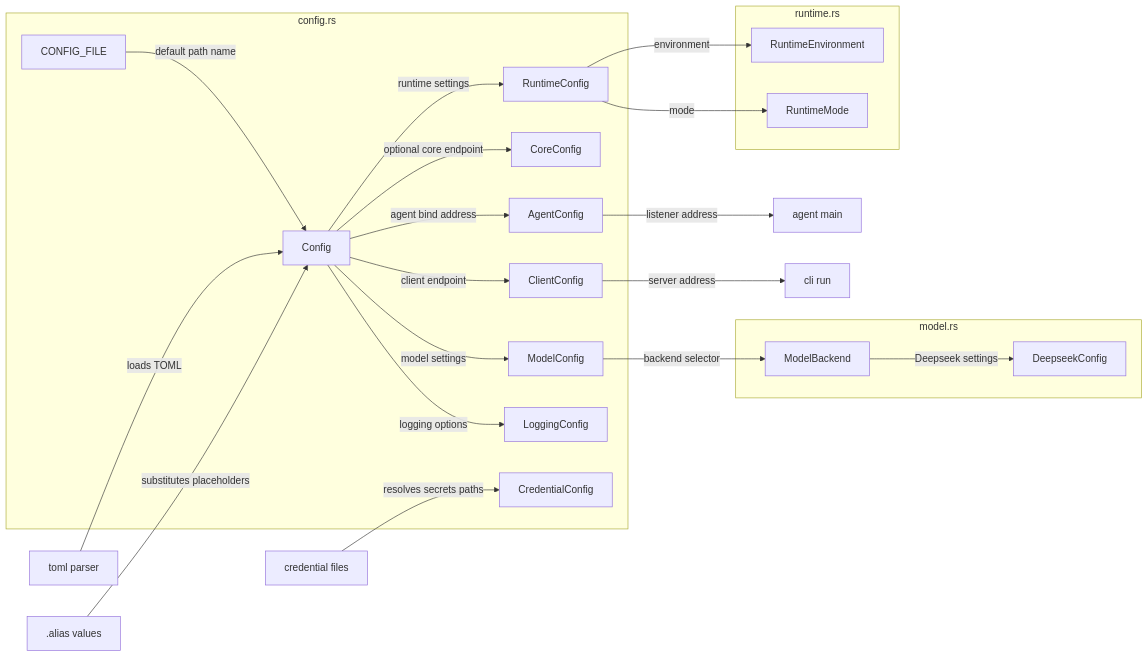
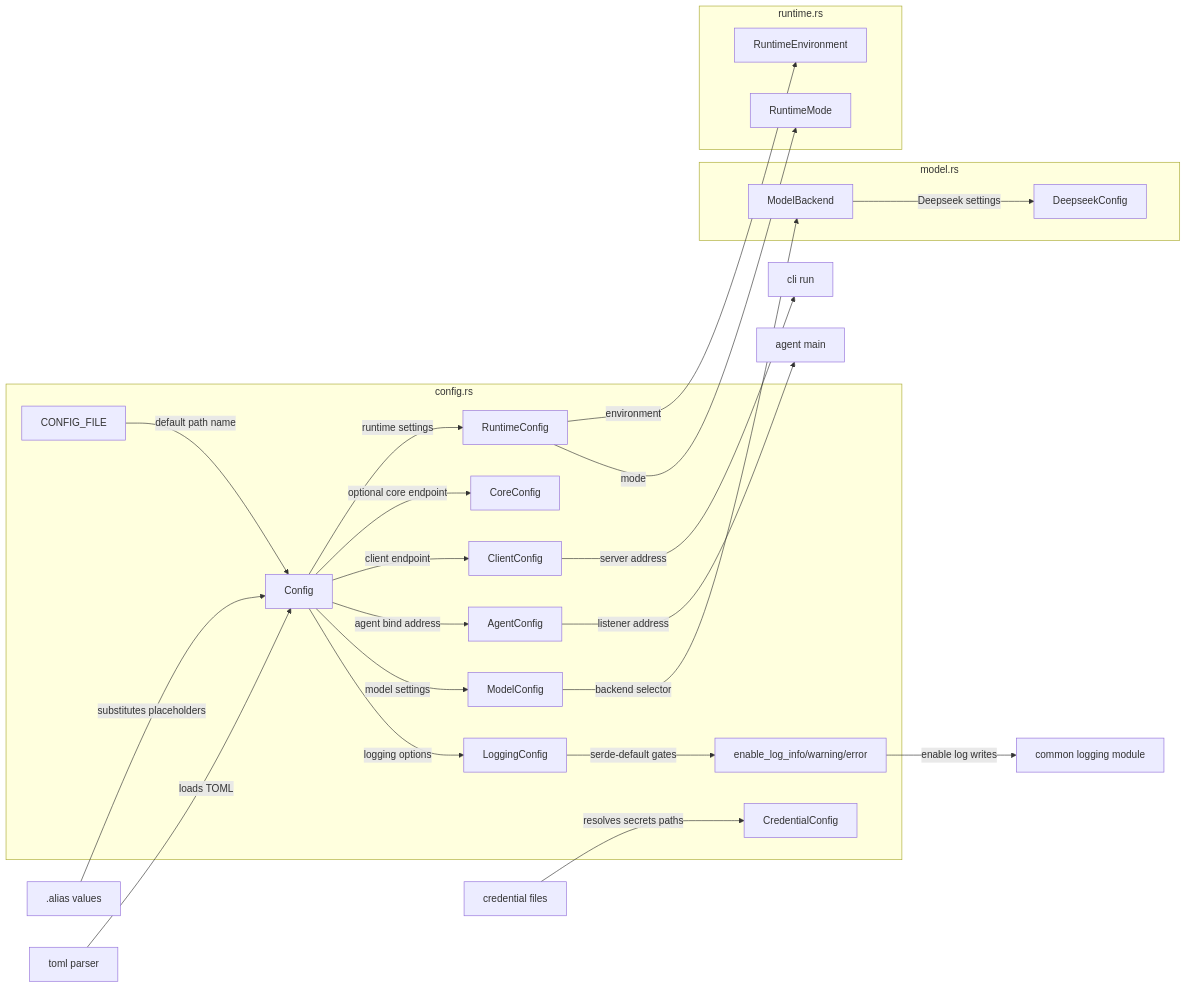
Before and after one commit to DexterDreeeam/Marix: the diagram in src/common/config/.workflow.mmd, drawn with Mermaid. The commit also changed 25 other files, not shown here.

Commit message:
Add logging, config cache, and private reveal

```diff
--- a/src/common/config/.workflow.mmd
+++ b/src/common/config/.workflow.mmd
@@ -1,45 +1,49 @@
 flowchart LR
   subgraph config_rs["config.rs"]
     CONFIG_FILE["CONFIG_FILE"]
     Config["Config"]
     RuntimeConfig["RuntimeConfig"]
     CoreConfig["CoreConfig"]
     ClientConfig["ClientConfig"]
     AgentConfig["AgentConfig"]
     ModelConfig["ModelConfig"]
     LoggingConfig["LoggingConfig"]
+    LoggingFlags["enable_log_info/warning/error"]
     CredentialConfig["CredentialConfig"]
   end
 
   subgraph model_rs["model.rs"]
     ModelBackend["ModelBackend"]
     DeepseekConfig["DeepseekConfig"]
   end
 
   subgraph runtime_rs["runtime.rs"]
     RuntimeEnvironment["RuntimeEnvironment"]
     RuntimeMode["RuntimeMode"]
   end
 
   AliasFiles[".alias values"]
   CredentialFiles["credential files"]
   TomlParser["toml parser"]
   AgentMain["agent main"]
   CliRun["cli run"]
+  LoggingModule["common logging module"]
 
   CONFIG_FILE -->|"default path name"| Config
   TomlParser -->|"loads TOML"| Config
   AliasFiles -->|"substitutes placeholders"| Config
   CredentialFiles -->|"resolves secrets paths"| CredentialConfig
   Config -->|"runtime settings"| RuntimeConfig
   RuntimeConfig -->|"environment"| RuntimeEnvironment
   RuntimeConfig -->|"mode"| RuntimeMode
   Config -->|"optional core endpoint"| CoreConfig
   Config -->|"client endpoint"| ClientConfig
   Config -->|"agent bind address"| AgentConfig
   Config -->|"model settings"| ModelConfig
   ModelConfig -->|"backend selector"| ModelBackend
   ModelBackend -->|"Deepseek settings"| DeepseekConfig
   Config -->|"logging options"| LoggingConfig
+  LoggingConfig -->|"serde-default gates"| LoggingFlags
+  LoggingFlags -->|"enable log writes"| LoggingModule
   AgentConfig -->|"listener address"| AgentMain
   ClientConfig -->|"server address"| CliRun
```
